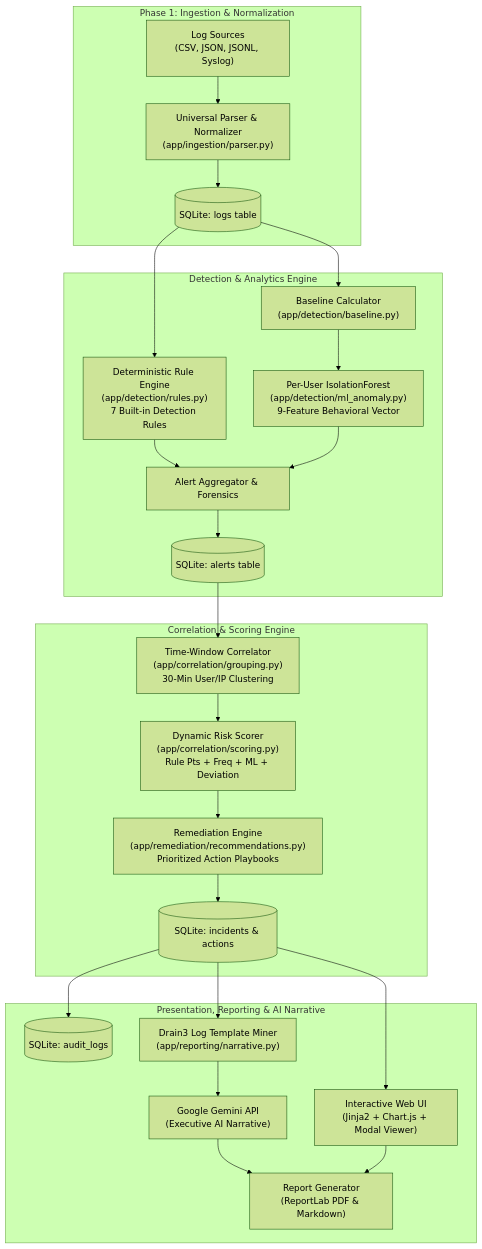
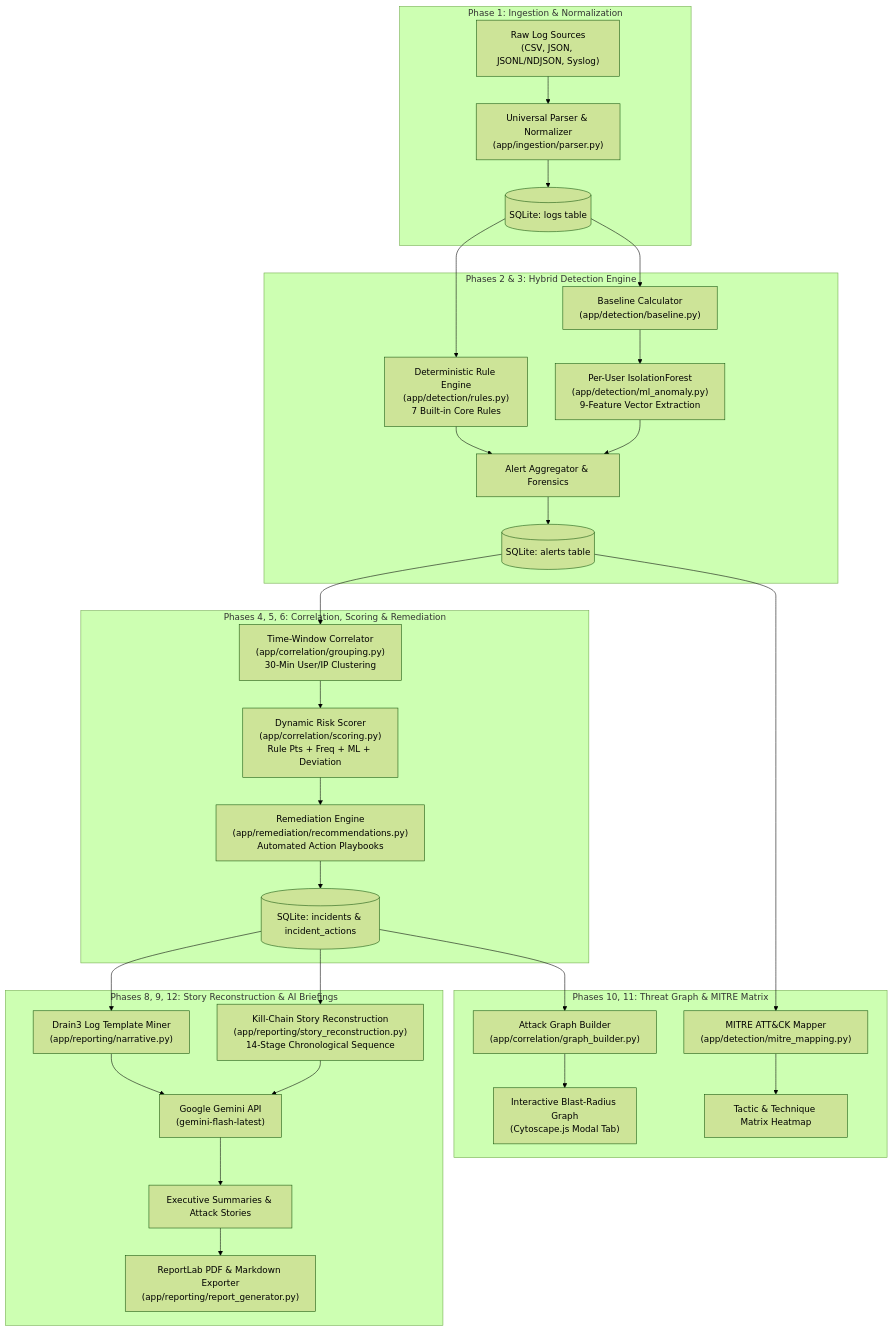
The first of 2 diagrams in ARCHITECTURE_AND_WORKFLOW.md (Anshika-17a/Log_analyzer), drawn with Mermaid (forest theme) before and after one commit. The commit also changed other lines of this file and 23 other files, not shown here.

Commit message:
feat: Phase 13 — One-Click Live Attack Simulation Demo, animated terminal ticker, auto-open attack graph, updated ARCHITECTURE docs

````diff
--- a/ARCHITECTURE_AND_WORKFLOW.md
+++ b/ARCHITECTURE_AND_WORKFLOW.md
@@ -44,32 +50,39 @@
 ```mermaid
 flowchart TD
     subgraph INGESTION["Phase 1: Ingestion & Normalization"]
-        RawFiles["Log Sources\n(CSV, JSON, JSONL, Syslog)"] --> Parser["Universal Parser & Normalizer\n(app/ingestion/parser.py)"]
+        RawLogs["Raw Log Sources\n(CSV, JSON, JSONL/NDJSON, Syslog)"] --> Parser["Universal Parser & Normalizer\n(app/ingestion/parser.py)"]
         Parser --> DB_Logs[("SQLite: logs table")]
     end
 
-    subgraph DETECTION["Detection & Analytics Engine"]
-        DB_Logs --> RulesEngine["Deterministic Rule Engine\n(app/detection/rules.py)\n7 Built-in Detection Rules"]
+    subgraph DETECTION["Phases 2 & 3: Hybrid Detection Engine"]
+        DB_Logs --> RulesEngine["Deterministic Rule Engine\n(app/detection/rules.py)\n7 Built-in Core Rules"]
         DB_Logs --> BaselineEngine["Baseline Calculator\n(app/detection/baseline.py)"]
-        BaselineEngine --> MLAnomaly["Per-User IsolationForest\n(app/detection/ml_anomaly.py)\n9-Feature Behavioral Vector"]
+        BaselineEngine --> MLAnomaly["Per-User IsolationForest\n(app/detection/ml_anomaly.py)\n9-Feature Vector Extraction"]
         RulesEngine --> AlertAggregator["Alert Aggregator & Forensics"]
         MLAnomaly --> AlertAggregator
         AlertAggregator --> DB_Alerts[("SQLite: alerts table")]
     end
 
-    subgraph CORRELATION["Correlation & Scoring Engine"]
+    subgraph CORRELATION["Phases 4, 5, 6: Correlation, Scoring & Remediation"]
         DB_Alerts --> Grouping["Time-Window Correlator\n(app/correlation/grouping.py)\n30-Min User/IP Clustering"]
         Grouping --> Scoring["Dynamic Risk Scorer\n(app/correlation/scoring.py)\nRule Pts + Freq + ML + Deviation"]
-        Scoring --> Remediation["Remediation Engine\n(app/remediation/recommendations.py)\nPrioritized Action Playbooks"]
-        Remediation --> DB_Incidents[("SQLite: incidents & actions")]
+        Scoring --> Remediation["Remediation Engine\n(app/remediation/recommendations.py)\nAutomated Action Playbooks"]
+        Remediation --> DB_Incidents[("SQLite: incidents & incident_actions")]
     end
 
-    subgraph PRESENTATION["Presentation, Reporting & AI Narrative"]
-        DB_Incidents --> Dashboard["Interactive Web UI\n(Jinja2 + Chart.js + Modal Viewer)"]
-        DB_Incidents --> AuditTrail[("SQLite: audit_logs")]
+    subgraph VISUALIZATION["Phases 10, 11: Threat Graph & MITRE Matrix"]
+        DB_Incidents --> GraphBuilder["Attack Graph Builder\n(app/correlation/graph_builder.py)"]
+        GraphBuilder --> CytoscapeGraph["Interactive Blast-Radius Graph\n(Cytoscape.js Modal Tab)"]
+        DB_Alerts --> MitreEngine["MITRE ATT&CK Mapper\n(app/detection/mitre_mapping.py)"]
+        MitreEngine --> MitreMatrix["Tactic & Technique Matrix Heatmap"]
+    end
+
+    subgraph REPORTING["Phases 8, 9, 12: Story Reconstruction & AI Briefings"]
+        DB_Incidents --> StoryRecon["Kill-Chain Story Reconstruction\n(app/reporting/story_reconstruction.py)\n14-Stage Chronological Sequence"]
         DB_Incidents --> Drain3["Drain3 Log Template Miner\n(app/reporting/narrative.py)"]
-        Drain3 --> Gemini["Google Gemini API\n(Executive AI Narrative)"]
-        Gemini --> ReportGen["Report Generator\n(ReportLab PDF & Markdown)"]
-        Dashboard --> ReportGen
+        Drain3 --> GeminiAI["Google Gemini API\n(gemini-flash-latest)"]
+        StoryRecon --> GeminiAI
+        GeminiAI --> ExecBriefings["Executive Summaries & Attack Stories"]
+        ExecBriefings --> PDFGen["ReportLab PDF & Markdown Exporter\n(app/reporting/report_generator.py)"]
     end
 ```
````
